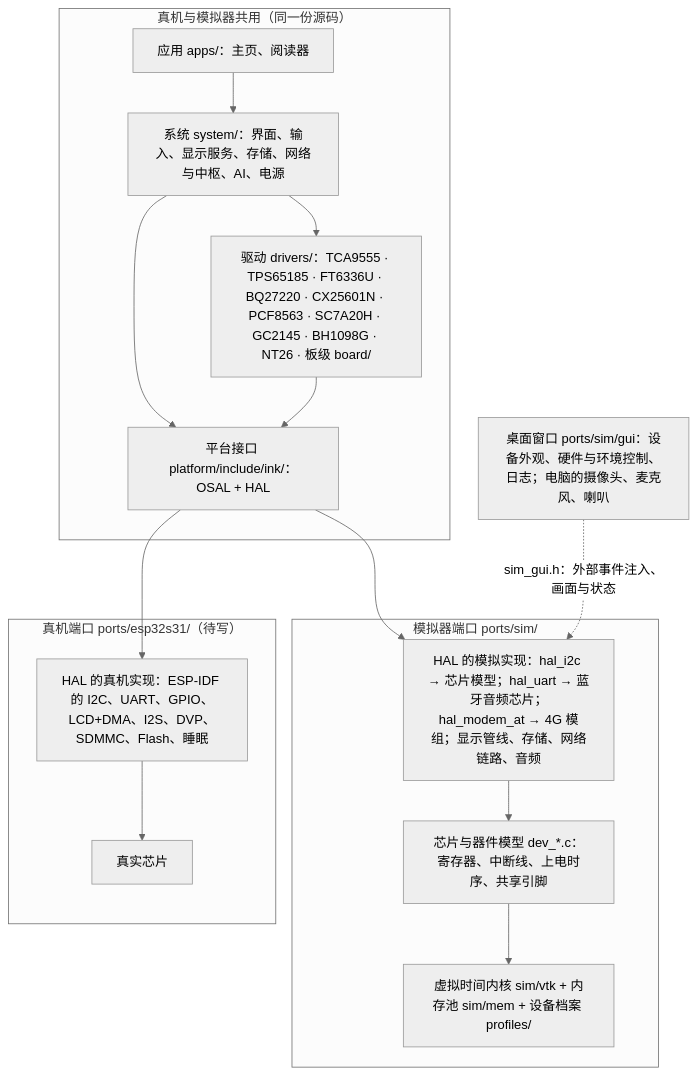
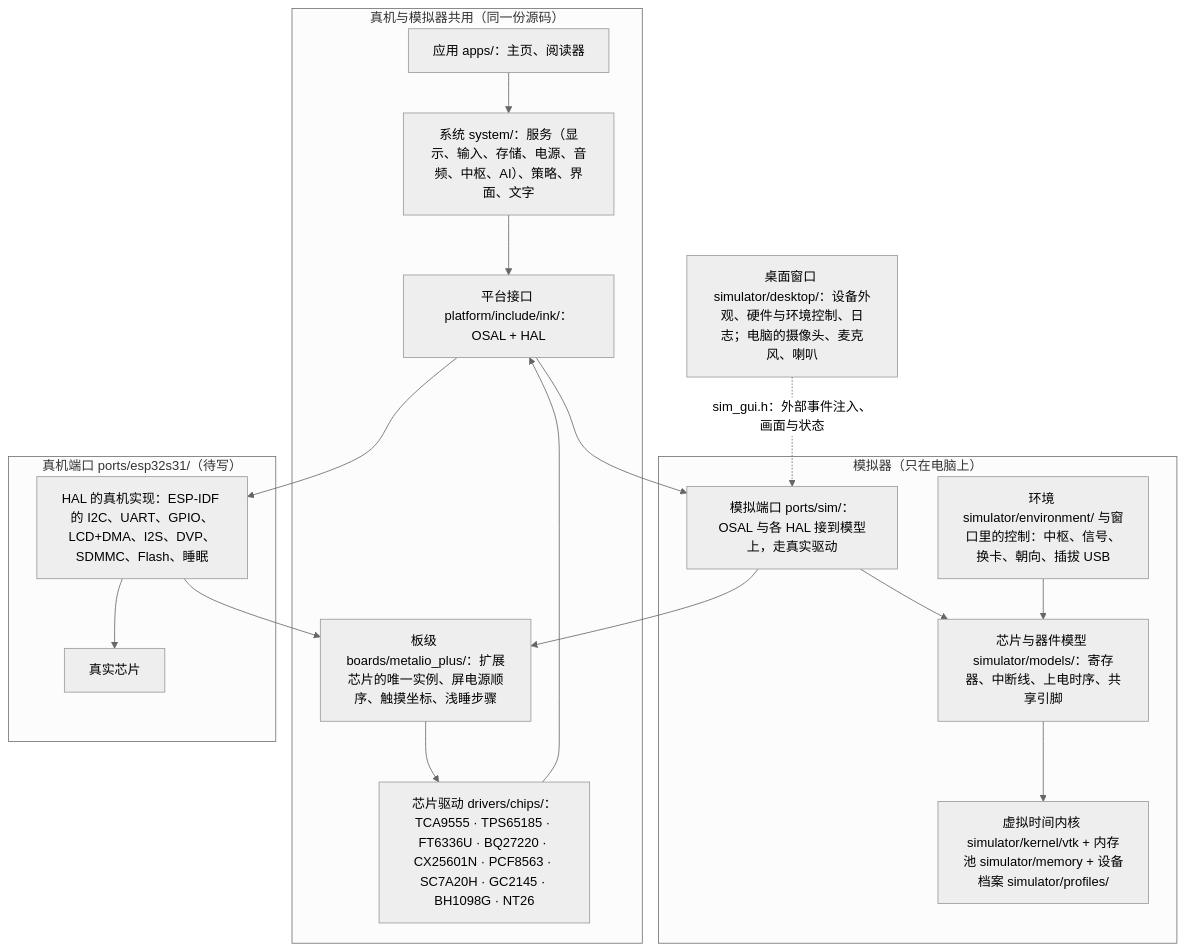
One commit to Gidean-zcx/ink changed the diagram in docs/system/simulator-overview.md. Above: the diagram before and after it, drawn with Mermaid (neutral theme). The commit also changed other lines of this file and 149 other files, not shown here.

First line of the commit message:
restructure: directories by system architecture, one build target per layer

````diff
--- a/docs/system/simulator-overview.md
+++ b/docs/system/simulator-overview.md
@@ -13,27 +13,31 @@
 ```mermaid
 flowchart TB
   subgraph same["真机与模拟器共用（同一份源码）"]
     apps["应用 apps/：主页、阅读器"]
-    sys["系统 system/：界面、输入、显示服务、存储、网络与中枢、AI、电源"]
+    sys["系统 system/：服务（显示、输入、存储、电源、音频、中枢、AI）、策略、界面、文字"]
     api["平台接口 platform/include/ink/：OSAL + HAL"]
-    drv["驱动 drivers/：TCA9555 · TPS65185 · FT6336U · BQ27220 · CX25601N · PCF8563 · SC7A20H · GC2145 · BH1098G · NT26 · 板级 board/"]
+    drv["芯片驱动 drivers/chips/：TCA9555 · TPS65185 · FT6336U · BQ27220 · CX25601N · PCF8563 · SC7A20H · GC2145 · BH1098G · NT26"]
+    board["板级 boards/metalio_plus/：扩展芯片的唯一实例、屏电源顺序、触摸坐标、浅睡步骤"]
   end
-  subgraph simport["模拟器端口 ports/sim/"]
-    halsim["HAL 的模拟实现：hal_i2c → 芯片模型；hal_uart → 蓝牙音频芯片；hal_modem_at → 4G 模组；显示管线、存储、网络链路、音频"]
-    models["芯片与器件模型 dev_*.c：寄存器、中断线、上电时序、共享引脚"]
-    vtk["虚拟时间内核 sim/vtk + 内存池 sim/mem + 设备档案 profiles/"]
+  subgraph simport["模拟器（只在电脑上）"]
+    halsim["模拟端口 ports/sim/：OSAL 与各 HAL 接到模型上，走真实驱动"]
+    models["芯片与器件模型 simulator/models/：寄存器、中断线、上电时序、共享引脚"]
+    env["环境 simulator/environment/ 与窗口里的控制：中枢、信号、换卡、朝向、插拔 USB"]
+    vtk["虚拟时间内核 simulator/kernel/vtk + 内存池 simulator/memory + 设备档案 simulator/profiles/"]
   end
   subgraph devport["真机端口 ports/esp32s31/（待写）"]
     haldev["HAL 的真机实现：ESP-IDF 的 I2C、UART、GPIO、LCD+DMA、I2S、DVP、SDMMC、Flash、睡眠"]
     chips["真实芯片"]
   end
-  gui["桌面窗口 ports/sim/gui：设备外观、硬件与环境控制、日志；电脑的摄像头、麦克风、喇叭"]
+  gui["桌面窗口 simulator/desktop/：设备外观、硬件与环境控制、日志；电脑的摄像头、麦克风、喇叭"]
   apps --> sys --> api
-  sys --> drv
-  drv --> api
+  board --> drv --> api
   api --> halsim
   api --> haldev
+  halsim --> board
   halsim --> models --> vtk
+  env --> models
+  haldev --> board
   haldev --> chips
   gui -. "sim_gui.h：外部事件注入、画面与状态" .-> halsim
 ```
````
